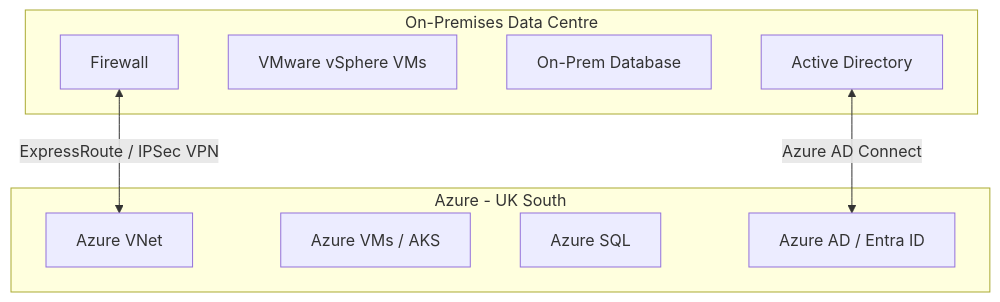
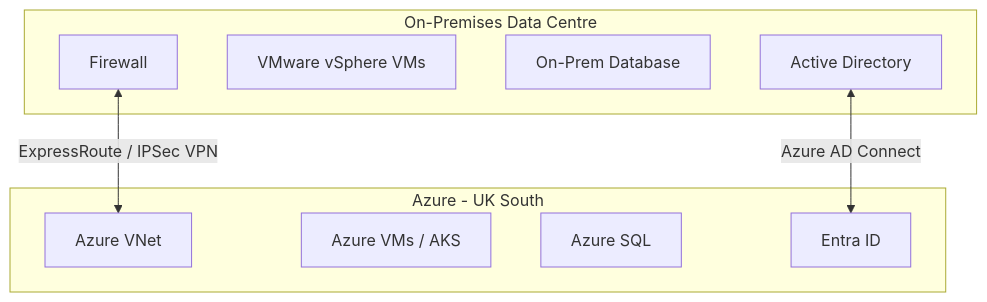
The sixth of 9 diagrams in .github/skills/architecture/references/design-patterns.md (MDowbiggin/_Atlas_AI_Architect_Agent), drawn with Mermaid before and after one commit. The commit also changed other lines of this file and 16 other files, not shown here.

````diff
--- a/.github/skills/architecture/references/design-patterns.md
+++ b/.github/skills/architecture/references/design-patterns.md
@@ -73,17 +198,17 @@
 ```mermaid
 graph TB
     subgraph "On-Premises Data Centre"
-        OP_FW[Firewall]
-        OP_VM[VMware vSphere VMs]
-        OP_DB[On-Prem Database]
-        OP_AD[Active Directory]
+        OP_FW2[Firewall]
+        OP_VM2[VMware vSphere VMs]
+        OP_DB2[On-Prem Database]
+        OP_AD2[Active Directory]
     end
     subgraph "Azure - UK South"
         AZ_VNET[Azure VNet]
         AZ_VM[Azure VMs / AKS]
         AZ_DB[Azure SQL]
-        AZ_AAD[Azure AD / Entra ID]
+        AZ_AAD[Entra ID]
     end
-    OP_FW <-->|ExpressRoute / IPSec VPN| AZ_VNET
-    OP_AD <-->|Azure AD Connect| AZ_AAD
+    OP_FW2 <-->|ExpressRoute / IPSec VPN| AZ_VNET
+    OP_AD2 <-->|Azure AD Connect| AZ_AAD
 ```
````
